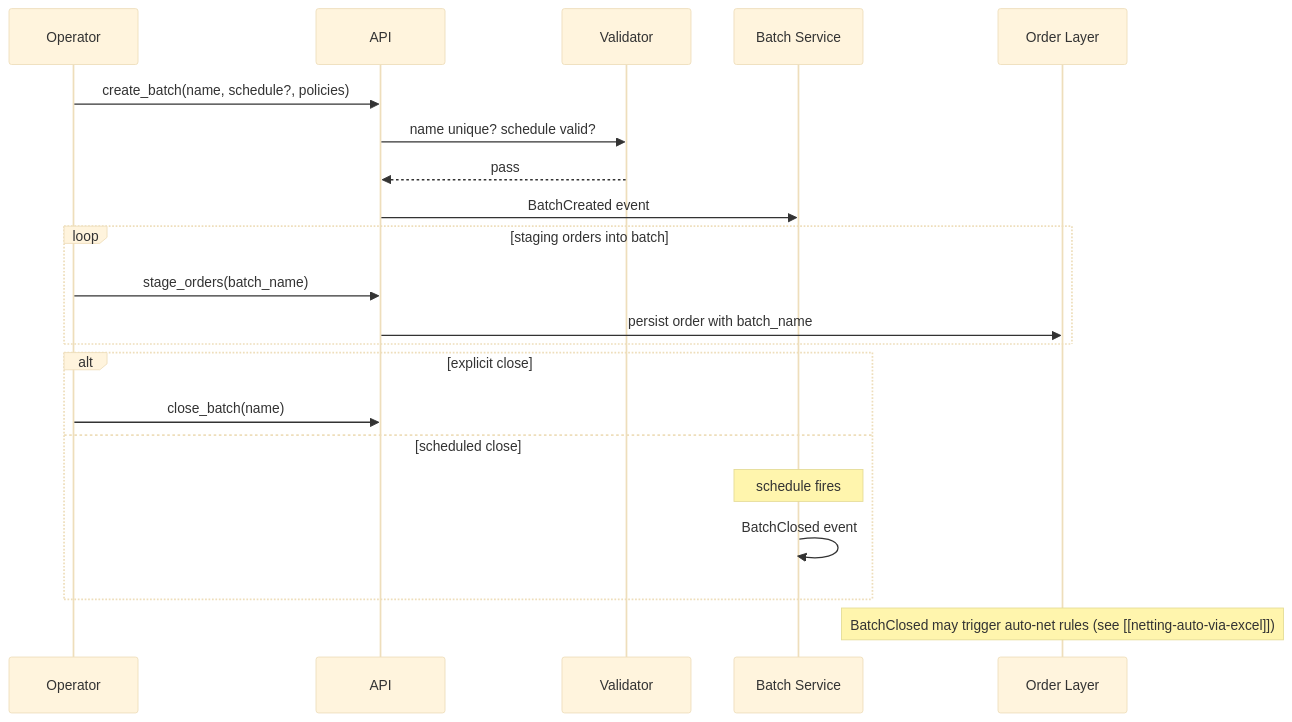
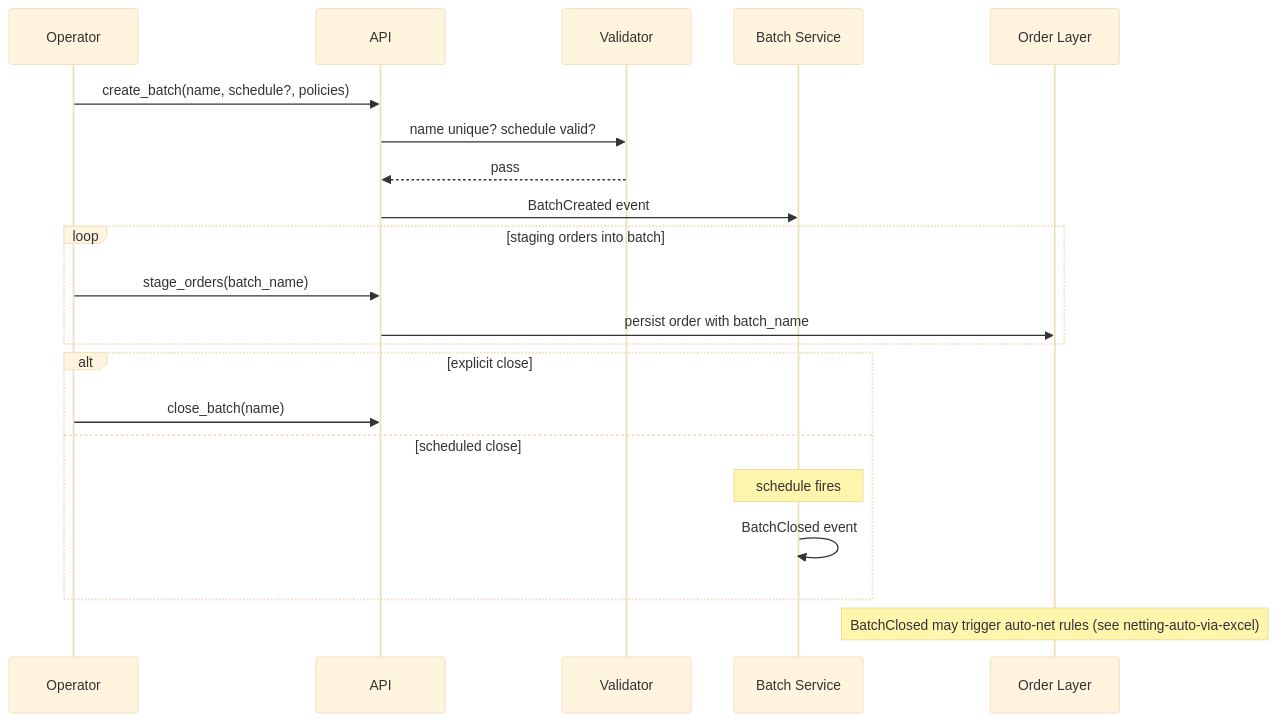
Before and after one commit to yksi7417/cross_asset_ems: the second of 2 diagrams in 20_workflows/pre_trade/batch-creation.md, drawn with Mermaid (base theme). The commit also changed 39 other files, not shown here.

First line of the commit message:
fix: strip Obsidian wikilinks from Mermaid blocks (Quartz render bug)

````diff
--- a/20_workflows/pre_trade/batch-creation.md
+++ b/20_workflows/pre_trade/batch-creation.md
@@ -41,24 +41,24 @@
 ```mermaid
 sequenceDiagram
   participant U as Operator
   participant API as API
   participant V as Validator
   participant B as Batch Service
   participant O as Order Layer
 
   U->>API: create_batch(name, schedule?, policies)
   API->>V: name unique? schedule valid?
   V-->>API: pass
   API->>B: BatchCreated event
   loop staging orders into batch
     U->>API: stage_orders(batch_name)
     API->>O: persist order with batch_name
   end
   alt explicit close
     U->>API: close_batch(name)
   else scheduled close
     Note over B: schedule fires
     B->>B: BatchClosed event
   end
-  Note over O: BatchClosed may trigger auto-net rules (see [[netting-auto-via-excel]])
+  Note over O: BatchClosed may trigger auto-net rules (see netting-auto-via-excel)
 ```
````
